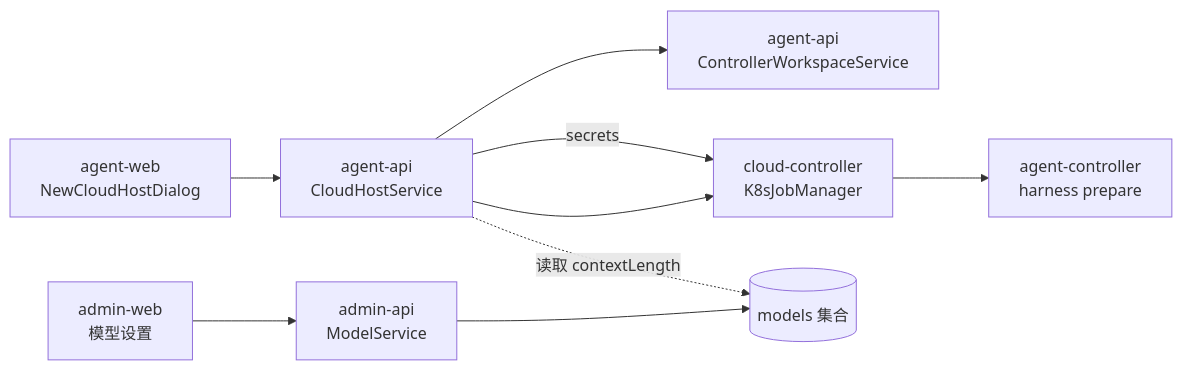
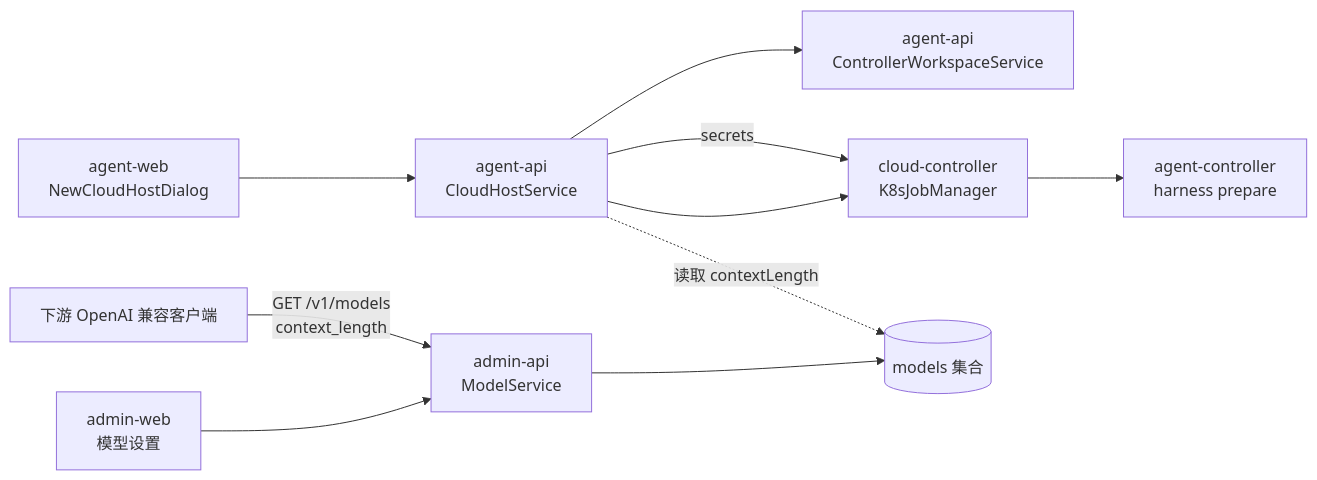
The second of 4 diagrams in docs/engineering/proposals/20261023-feat-cloud-container-optimization-phase2.md (Deliay/z-agent-gear), drawn with Mermaid before and after one commit. The commit also changed other lines of this file and 2 other files, not shown here.

First line of the commit message:
docs: 云容器优化二期返工修订——模型最长上下文经 OpenAI 兼容 API 字段下发（v1.1）

````diff
--- a/docs/engineering/proposals/20261023-feat-cloud-container-optimization-phase2.md
+++ b/docs/engineering/proposals/20261023-feat-cloud-container-optimization-phase2.md
@@ -99,11 +102,12 @@
 ```mermaid
 graph LR
     A[agent-web<br/>NewCloudHostDialog] --> B[agent-api<br/>CloudHostService]
     B --> C[agent-api<br/>ControllerWorkspaceService]
     B --> D[cloud-controller<br/>K8sJobManager]
     E[admin-web<br/>模型设置] --> F[admin-api<br/>ModelService]
     F --> G[(models 集合)]
     B -.读取 contextLength.-> G
     B -->|secrets| D
     D --> H[agent-controller<br/>harness prepare]
+    I[下游 OpenAI 兼容客户端] -->|GET /v1/models<br/>context_length| F
 ```
````
